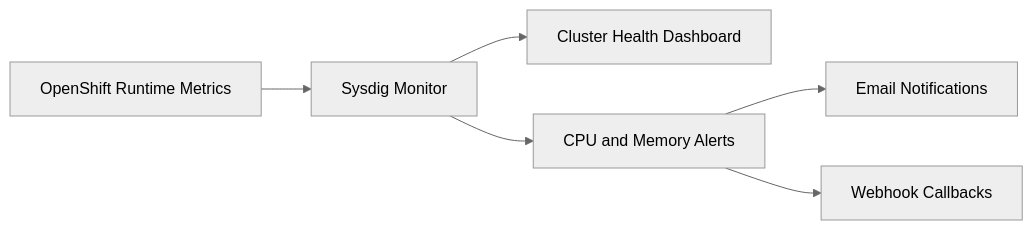
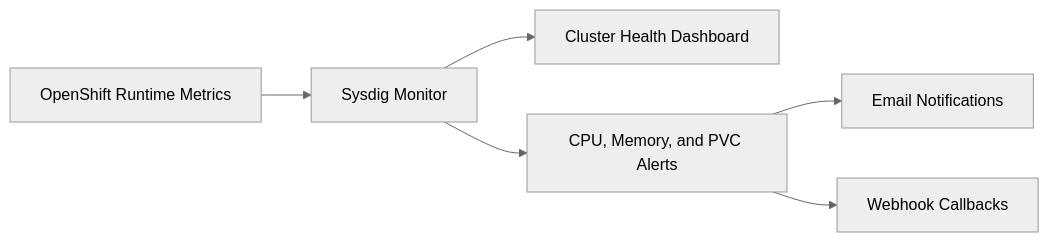
Before and after one commit to bcgov/common-hosted-workflow: the diagram in docs/technologies/sysdig.md, drawn with Mermaid (neutral theme). The commit also changed other lines of this file and 6 other files, not shown here.

Commit message:
feat(CCP-6287): add scoped PVC utilization alerts

````diff
--- a/docs/technologies/sysdig.md
+++ b/docs/technologies/sysdig.md
@@ -15,15 +15,15 @@
 ```mermaid
 flowchart LR
     OCP[OpenShift Runtime Metrics]
     Sysdig[Sysdig Monitor]
     Dash[Cluster Health Dashboard]
-    Alerts[CPU and Memory Alerts]
+    Alerts["CPU, Memory, and PVC Alerts"]
     Email[Email Notifications]
     Webhook[Webhook Callbacks]
 
     OCP --> Sysdig
     Sysdig --> Dash
     Sysdig --> Alerts
     Alerts --> Email
     Alerts --> Webhook
 ```
````
